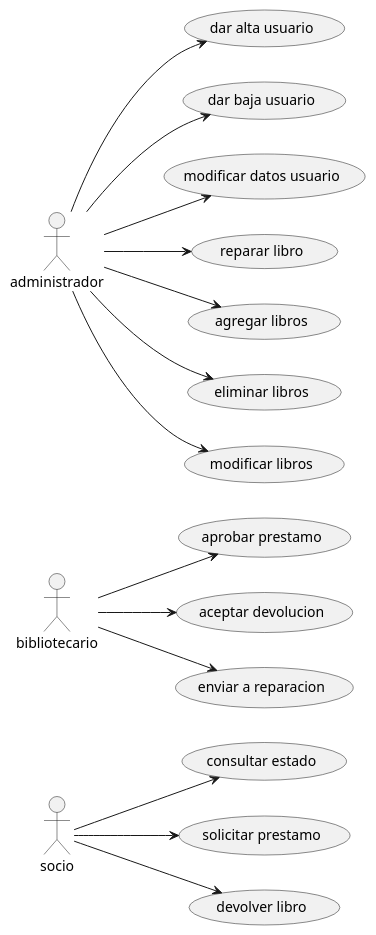
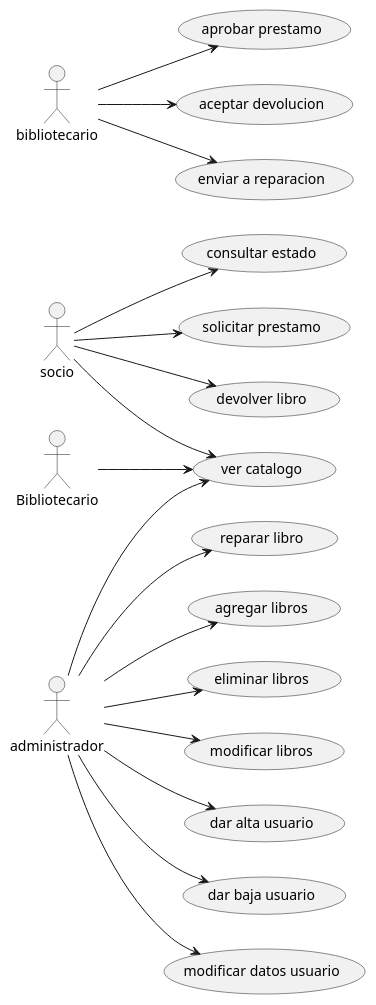
One commit to jonimp/Biblioteca changed the diagram in diagramaCasoUsoBiblioteca.puml. Above: the diagram before and after it, drawn with PlantUML. The commit also changed 1 other file, not shown here.

```diff
--- a/diagramaCasoUsoBiblioteca.puml
+++ b/diagramaCasoUsoBiblioteca.puml
@@ -1,18 +1,21 @@
 @startuml
 left to right direction
+:socio: --> (ver catalogo)
 :socio: --> (consultar estado)
 :socio: --> (solicitar prestamo)
 :socio: --> (devolver libro)
 
+:Bibliotecario: --> (ver catalogo)
 :bibliotecario: --> (aprobar prestamo)
 :bibliotecario: --> (aceptar devolucion)
 :bibliotecario: --> (enviar a reparacion)
 
+:administrador: --> (ver catalogo)
 :administrador: --> (dar alta usuario)
 :administrador: --> (dar baja usuario)
 :administrador: --> (modificar datos usuario)
 :administrador: --> (reparar libro)
 :administrador: --> (agregar libros)
 :administrador: --> (eliminar libros)
 :administrador: --> (modificar libros)
 @enduml
```
